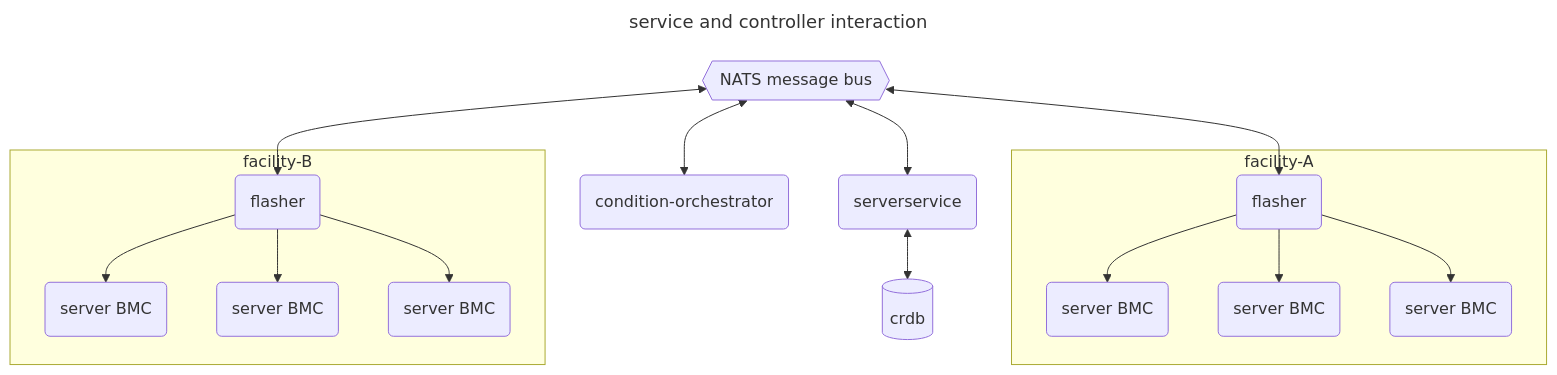
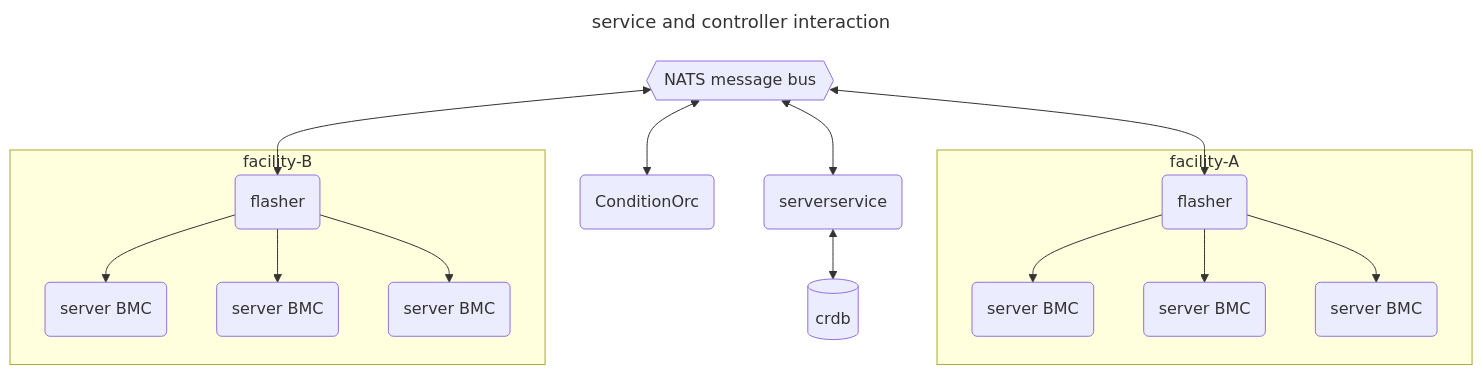
The first of 3 diagrams in firmware-install-service.md (metal-toolbox/architecture), drawn with Mermaid before and after one commit. The commit also changed other lines of this file, not shown here.

Commit message:
firmware-install-service: update diagrams and notes based on feedback

````diff
--- a/firmware-install-service.md
+++ b/firmware-install-service.md
@@ -128,21 +136,21 @@
 ```mermaid
 ---
     title: service and controller interaction
 ---
 flowchart TD
-    m{{NATS message bus}}<-->c(condition-orchestrator)
+    m{{NATS message bus}}<-->c(ConditionOrc)
     m{{NATS message bus}}<-->s(serverservice)<-->d[(crdb)]
     m{{NATS message bus}}<-->f1(flasher)
     m{{NATS message bus}}<-->f2(flasher)
     subgraph facility-A
         f1(flasher)-->server1(server BMC)
         f1(flasher)-->server2(server BMC)
         f1(flasher)-->server3(server BMC)
     end
     subgraph facility-B
         f2(flasher)-->server4(server BMC)
         f2(flasher)-->server5(server BMC)
         f2(flasher)-->server6(server BMC)
     end
 
 ```
````
